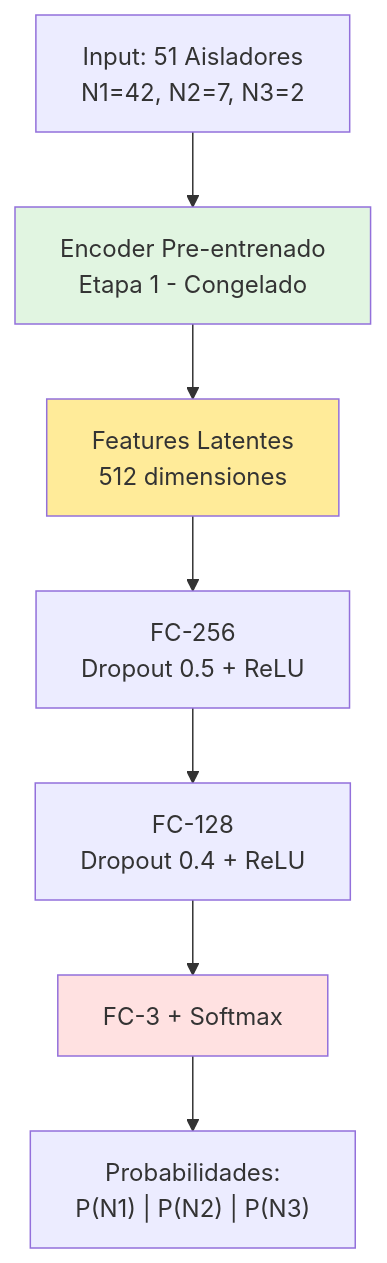
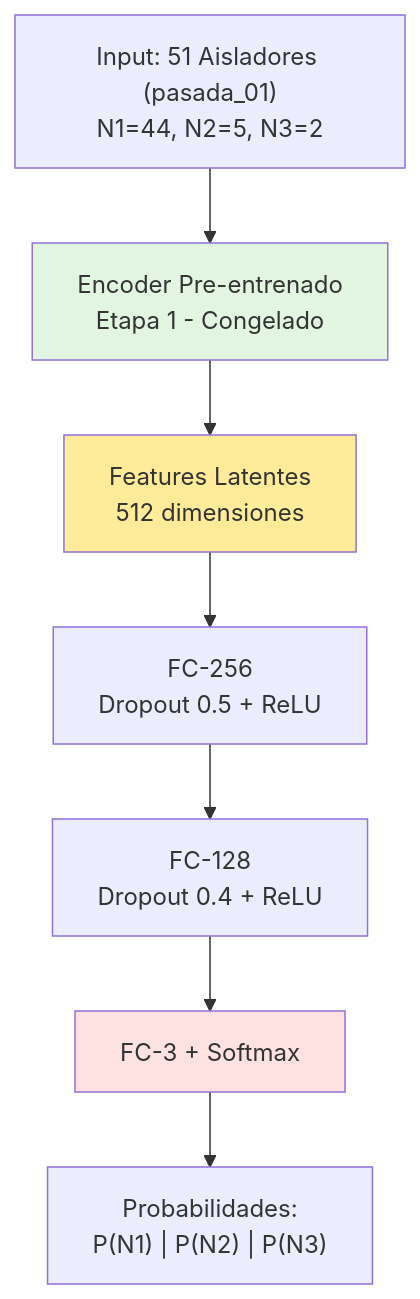
The third of 5 diagrams in PROPUESTA_CNN_ARQUITECTURA.md (giansmart/deepsolation), drawn with Mermaid before and after one commit. The commit also changed other lines of this file and 5 other files, not shown here.

````diff
--- a/PROPUESTA_CNN_ARQUITECTURA.md
+++ b/PROPUESTA_CNN_ARQUITECTURA.md
@@ -422,17 +431,17 @@
 ```mermaid
 graph TB
-    A["Input: 51 Aisladores<br/>N1=42, N2=7, N3=2"]
+    A["Input: 51 Aisladores (pasada_01)<br/>N1=44, N2=5, N3=2"]
 
     A --> B["Encoder Pre-entrenado<br/>Etapa 1 - Congelado"]
     B --> C["Features Latentes<br/>512 dimensiones"]
 
     C --> D["FC-256<br/>Dropout 0.5 + ReLU"]
     D --> E["FC-128<br/>Dropout 0.4 + ReLU"]
     E --> F["FC-3 + Softmax"]
 
     F --> G["Probabilidades:<br/>P(N1) | P(N2) | P(N3)"]
 
     style B fill:#e1f5e1
     style C fill:#ffeb99
     style F fill:#ffe1e1
 ```
````
